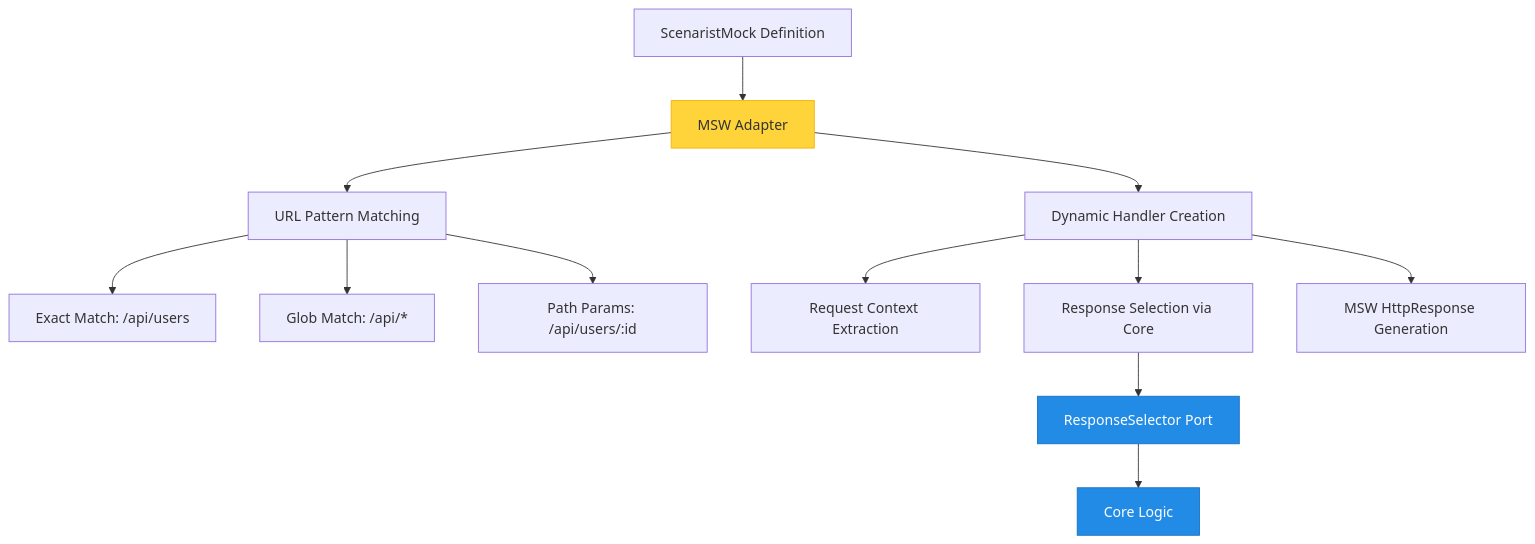
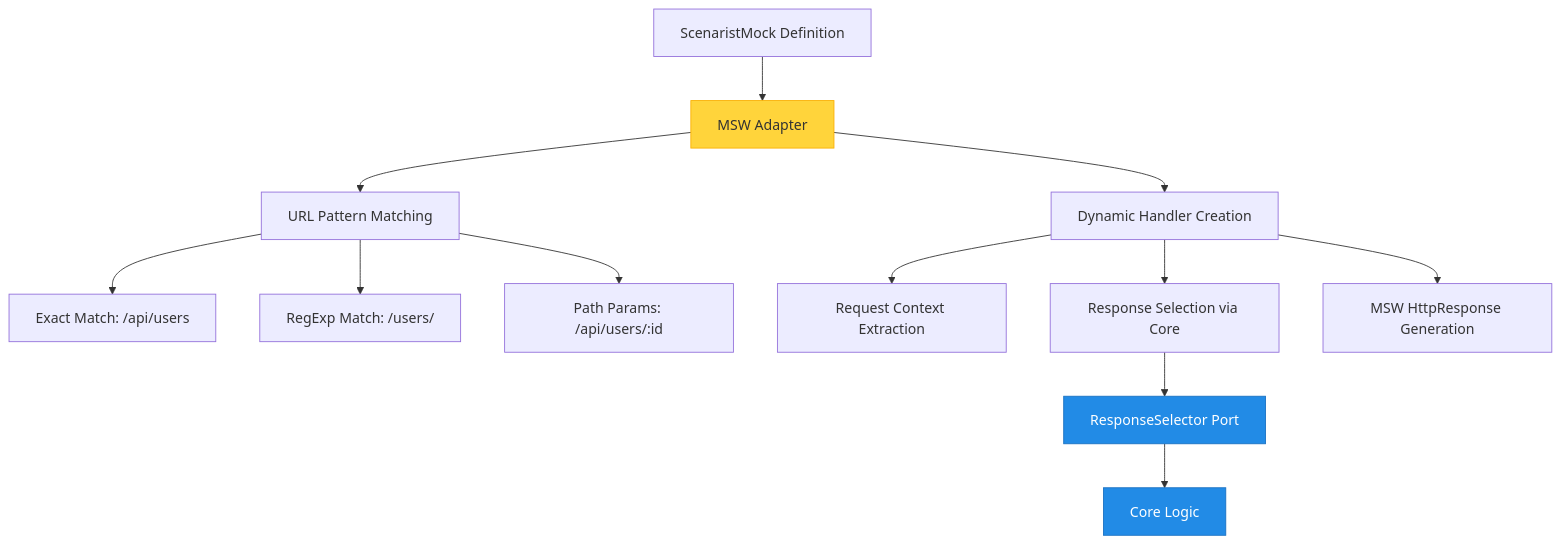
The third of 4 diagrams in apps/docs/src/content/docs/concepts/architecture.mdx (citypaul/scenarist), drawn with Mermaid before and after one commit. The commit also changed other lines of this file and 55 other files, not shown here.

````diff
--- a/apps/docs/src/content/docs/concepts/architecture.mdx
+++ b/apps/docs/src/content/docs/concepts/architecture.mdx
@@ -263,21 +259,21 @@
 ```mermaid
 graph TD
     A[ScenaristMock Definition] --> B[MSW Adapter]
     B --> C[URL Pattern Matching]
     B --> D[Dynamic Handler Creation]
 
     C --> C1[Exact Match: /api/users]
-    C --> C2[Glob Match: /api/*]
+    C --> C2[RegExp Match: /users/]
     C --> C3[Path Params: /api/users/:id]
 
     D --> D1[Request Context Extraction]
     D --> D2[Response Selection via Core]
     D --> D3[MSW HttpResponse Generation]
 
     D2 --> E[ResponseSelector Port]
     E --> F[Core Logic]
 
     style B fill:#ffd43b,stroke:#fab005
     style E fill:#228be6,stroke:#1971c2,color:#fff
     style F fill:#228be6,stroke:#1971c2,color:#fff
 ```
````
